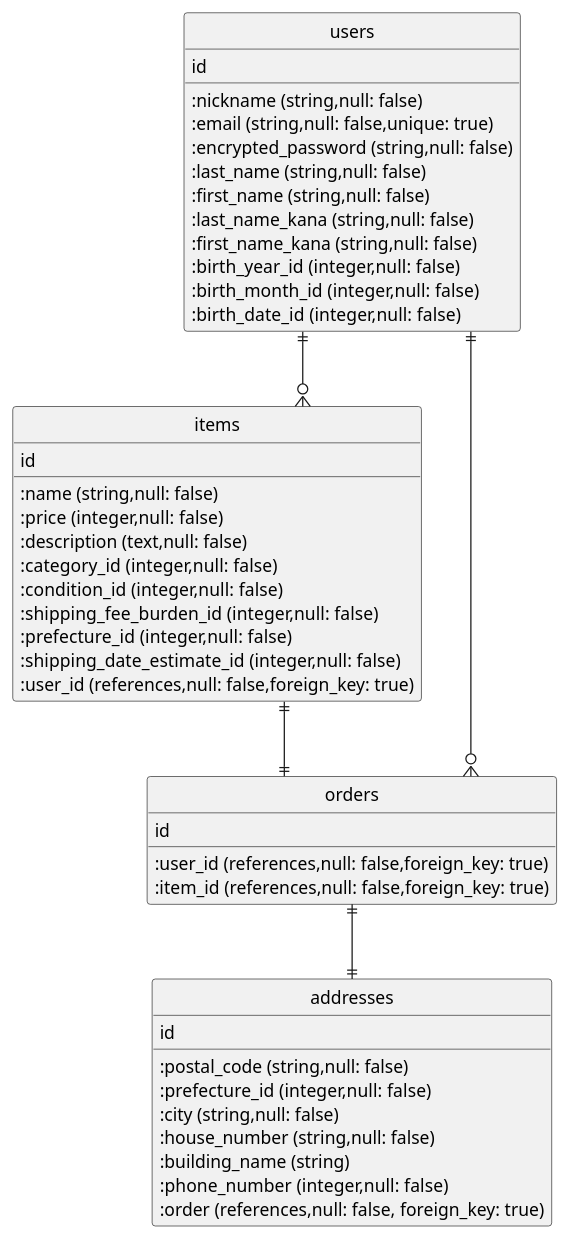
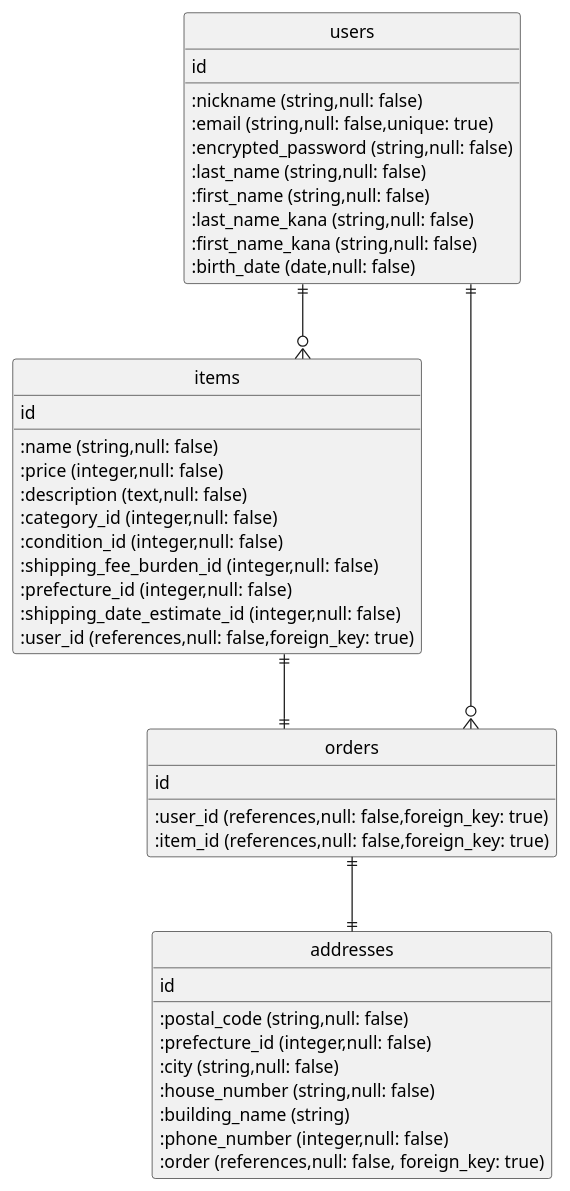
One commit to tgw-3a/furima-41768 changed the diagram in furima-41768.erd.plantuml. Above: the diagram before and after it, drawn with PlantUML. The commit also changed 1 other file, not shown here.

```diff
--- a/furima-41768.erd.plantuml
+++ b/furima-41768.erd.plantuml
@@ -1,59 +1,57 @@
 @startuml
 hide circle
 skinparam linetype ortho
 
 ' ユーザー管理機能
 ' 商品出品機能
 ' 商品購入機能
 
 entity "users" as users {
   id
   :nickname (string,null: false)
   :email (string,null: false,unique: true)
   :encrypted_password (string,null: false)
   :last_name (string,null: false)
   :first_name (string,null: false)
   :last_name_kana (string,null: false)
   :first_name_kana (string,null: false)
-  :birth_year_id (integer,null: false)
-  :birth_month_id (integer,null: false)
-  :birth_date_id (integer,null: false)
+  :birth_date (date,null: false)
 }
 
 entity "items" as items {
   id
   :name (string,null: false)
   :price (integer,null: false)
   :description (text,null: false)
   :category_id (integer,null: false)
   :condition_id (integer,null: false)
   :shipping_fee_burden_id (integer,null: false)
   :prefecture_id (integer,null: false)
   :shipping_date_estimate_id (integer,null: false)
   :user_id (references,null: false,foreign_key: true)
 }
 
 entity "orders" as orders {
   id
   :user_id (references,null: false,foreign_key: true)
   :item_id (references,null: false,foreign_key: true)
 }
 
 entity "addresses" as addresses {
   id
   :postal_code (string,null: false)
   :prefecture_id (integer,null: false)
   :city (string,null: false)
   :house_number (string,null: false)
   :building_name (string)
   :phone_number (integer,null: false)
   :order (references,null: false, foreign_key: true)
 }
 
 users ||--o{ items
 users ||--o{ orders
 ' users ||--o{ addresses
 items ||--|| orders
 orders ||--|| addresses
 
 @enduml
```
